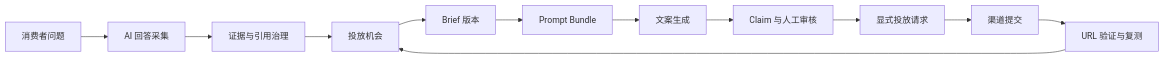
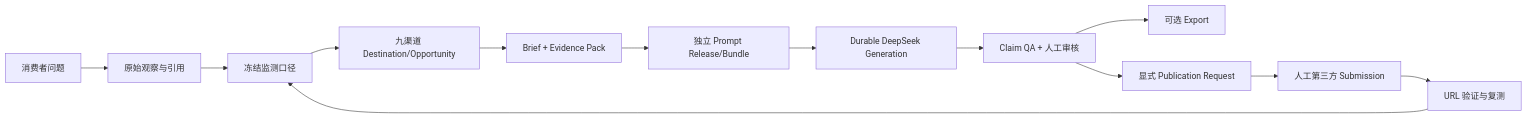
The diagram in docs/architecture/system-overview.md (priestess-bot/geo), drawn with Mermaid before and after one commit. The commit also changed other lines of this file and 9 other files, not shown here.

Commit message:
docs(geo): publish current full-flow runbook

````diff
--- a/docs/architecture/system-overview.md
+++ b/docs/architecture/system-overview.md
@@ -7,14 +7,15 @@
 ```mermaid
 flowchart LR
-  Q[消费者问题] --> C[AI 回答采集]
-  C --> E[证据与引用治理]
-  E --> O[投放机会]
-  O --> B[Brief 版本]
-  B --> P[Prompt Bundle]
-  P --> G[文案生成]
-  G --> R[Claim 与人工审核]
-  R --> U[显式投放请求]
-  U --> S[渠道提交]
+  Q[消费者问题] --> O[原始观察与引用]
+  O --> M[冻结监测口径]
+  M --> D[九渠道 Destination/Opportunity]
+  D --> B[Brief + Evidence Pack]
+  B --> P[独立 Prompt Release/Bundle]
+  P --> G[Durable DeepSeek Generation]
+  G --> R[Claim QA + 人工审核]
+  R --> E[可选 Export]
+  R --> U[显式 Publication Request]
+  U --> S[人工第三方 Submission]
   S --> V[URL 验证与复测]
-  V --> O
+  V --> M
 ```
````
